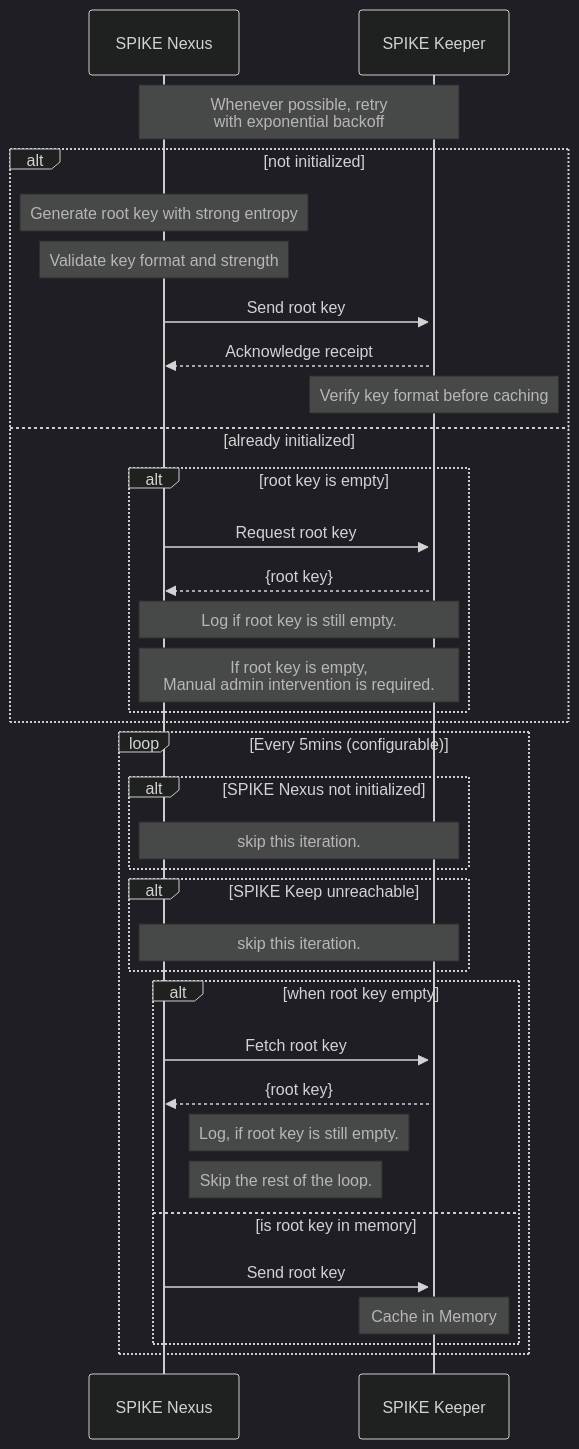
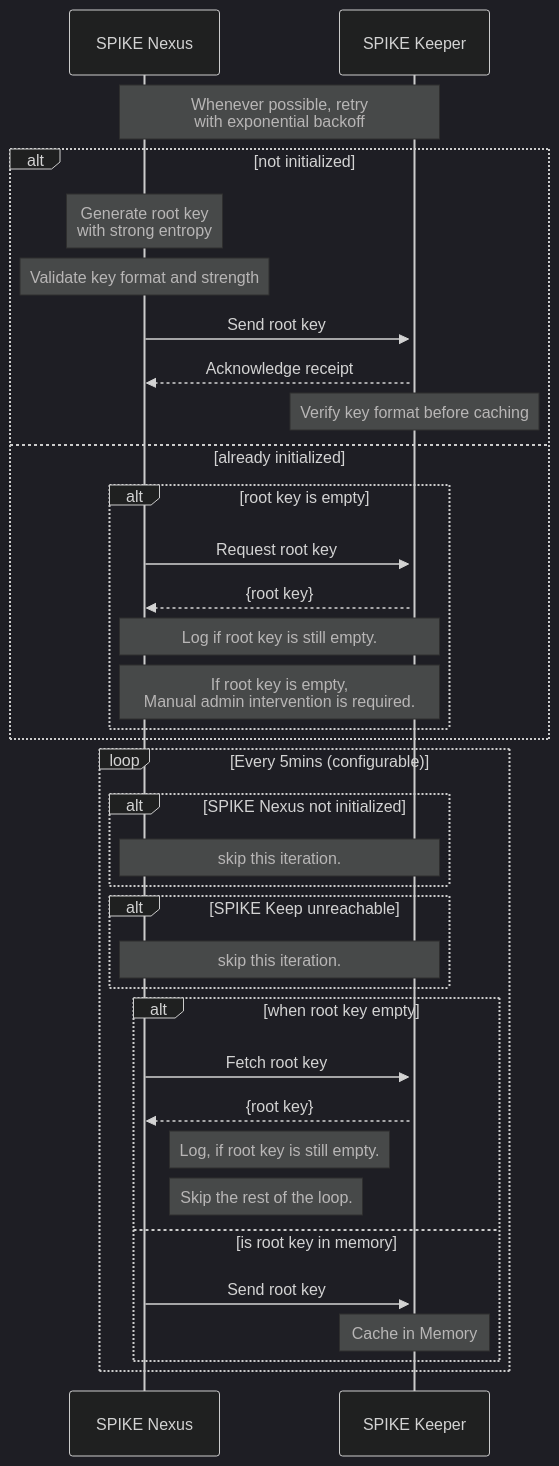
Before and after one commit to spiffe/spike: the diagram in docs/architecture/charts/recovery.md, drawn with Mermaid (dark theme). The commit also changed 12 other files, not shown here.

````diff
--- a/docs/architecture/charts/recovery.md
+++ b/docs/architecture/charts/recovery.md
@@ -5,45 +5,45 @@
 ```mermaid
 sequenceDiagram
     Note over N,K: Whenever possible, retry<br>with exponential backoff
 
     participant N as SPIKE Nexus
     participant K as SPIKE Keeper
     alt not initialized
-        Note over N: Generate root key with strong entropy
+        Note over N: Generate root key<br>with strong entropy
         Note over N: Validate key format and strength
 
         N->>+K: Send root key 
         K-->>N: Acknowledge receipt
 
         Note over K: Verify key format before caching        
     else already initialized
         alt root key is empty
             N->>+K: Request root key 
             K-->>N: {root key}
             Note over N,K: Log if root key is still empty.
             Note over N,K: If root key is empty,<br>Manual admin intervention is required.
         end
     end
 
     loop Every 5mins (configurable)
         alt SPIKE Nexus not initialized
             Note over N,K: skip this iteration.
         end
 
         alt SPIKE Keep unreachable
             Note over N,K: skip this iteration.
         end
 
         alt when root key empty
             N->>+K: Fetch root key 
             K-->>N: {root key}
 
             Note right of N: Log, if root key is still empty.
             Note right of N: Skip the rest of the loop.
         else is root key in memory
             N->>+K: Send root key
 
             Note over K: Cache in Memory
         end
     end
 ```
````
